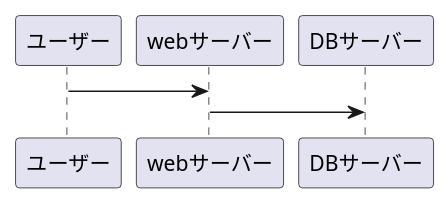
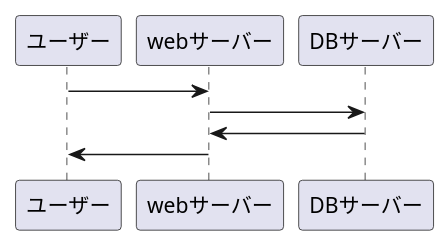
Before and after one commit to Aso2001001/2021sys-design: the diagram in flow.md, drawn with PlantUML.

````diff
--- a/flow.md
+++ b/flow.md
@@ -1,6 +1,8 @@
 ```uml
 @startuml
 ユーザー -> webサーバー :
 webサーバー -> DBサーバー :
+DBサーバー -> webサーバー :
+webサーバー -> ユーザー :
 @enduml
 ```
````
